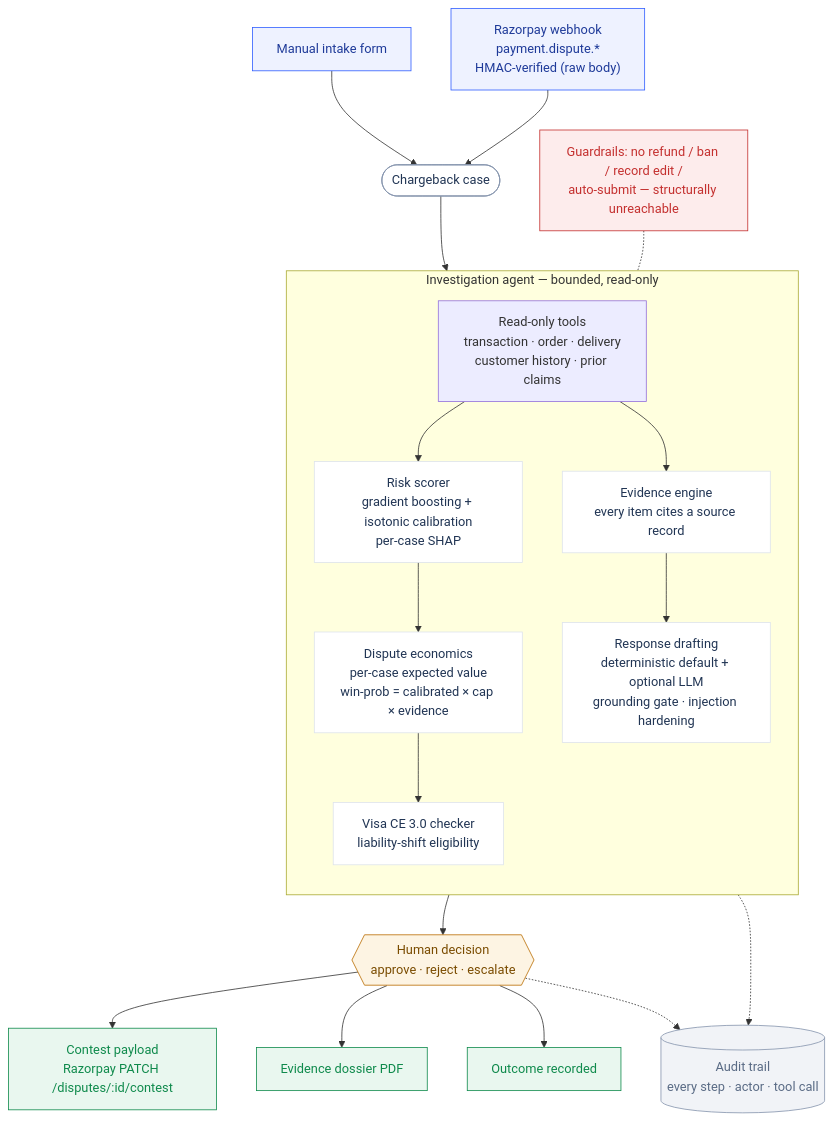
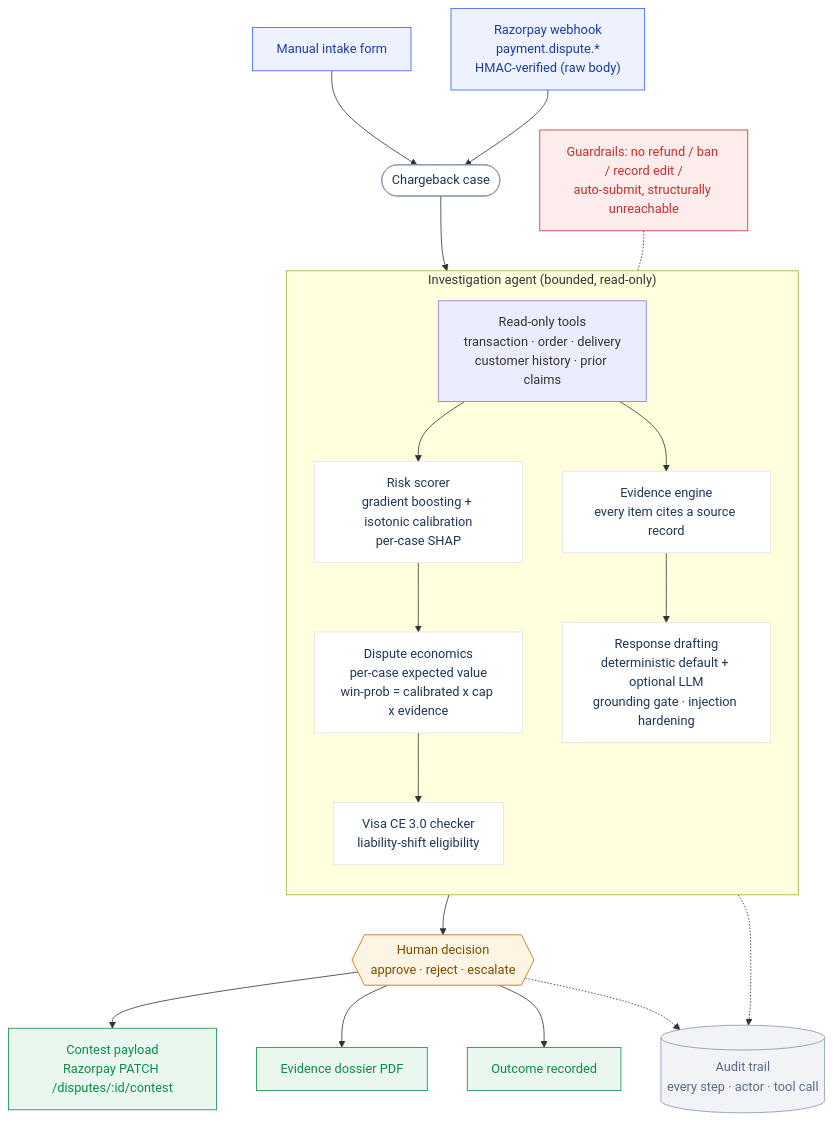
Before and after one commit to nimaldanyathk/ChargeLens: the diagram in README.md, drawn with Mermaid. The commit also changed other lines of this file and 2 other files, not shown here.

````diff
--- a/README.md
+++ b/README.md
@@ -44,41 +45,41 @@
 ```mermaid
 flowchart TB
     form["Manual intake form"]:::src
     wh["Razorpay webhook<br/>payment.dispute.*<br/>HMAC-verified (raw body)"]:::src
     form --> case
     wh --> case
     case(["Chargeback case"]):::case
 
-    subgraph agent["Investigation agent — bounded, read-only"]
+    subgraph agent["Investigation agent (bounded, read-only)"]
       direction TB
       tools["Read-only tools<br/>transaction · order · delivery<br/>customer history · prior claims"]:::tool
       score["Risk scorer<br/>gradient boosting + isotonic calibration<br/>per-case SHAP"]:::ml
       ev["Evidence engine<br/>every item cites a source record"]:::ml
-      econ["Dispute economics<br/>per-case expected value<br/>win-prob = calibrated × cap × evidence"]:::ml
+      econ["Dispute economics<br/>per-case expected value<br/>win-prob = calibrated x cap x evidence"]:::ml
       ce3["Visa CE 3.0 checker<br/>liability-shift eligibility"]:::ml
       draft["Response drafting<br/>deterministic default + optional LLM<br/>grounding gate · injection hardening"]:::ml
       tools --> score --> econ --> ce3
       tools --> ev --> draft
     end
     case --> agent
 
     agent --> review{{"Human decision<br/>approve · reject · escalate"}}:::human
     review --> contest["Contest payload<br/>Razorpay PATCH /disputes/:id/contest"]:::out
     review --> pdf["Evidence dossier PDF"]:::out
     review --> rec["Outcome recorded"]:::out
 
     audit[("Audit trail<br/>every step · actor · tool call")]:::audit
     agent -.-> audit
     review -.-> audit
 
-    guard["Guardrails: no refund / ban / record edit /<br/>auto-submit — structurally unreachable"]:::guard
+    guard["Guardrails: no refund / ban / record edit /<br/>auto-submit, structurally unreachable"]:::guard
     guard -.- agent
 
     classDef src fill:#eef2ff,stroke:#305eff,color:#1e3a99;
     classDef case fill:#ffffff,stroke:#8494ac,color:#213554;
     classDef ml fill:#ffffff,stroke:#dde3ec,color:#213554;
     classDef human fill:#fdf4e3,stroke:#b96d00,color:#7a4c00;
     classDef out fill:#e9f7ef,stroke:#0f8a4c,color:#0f8a4c;
     classDef audit fill:#f1f3f7,stroke:#8494ac,color:#5a6b85;
     classDef guard fill:#fdecec,stroke:#c4302f,color:#c4302f;
 ```
````
